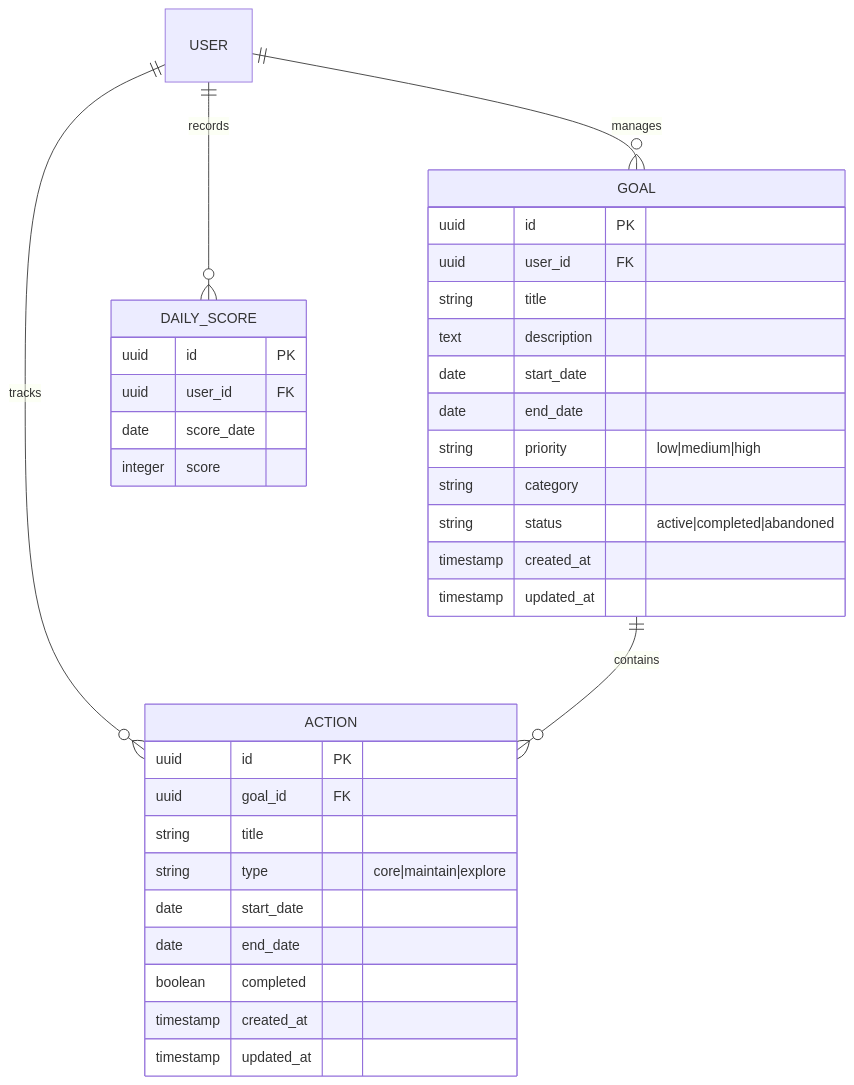
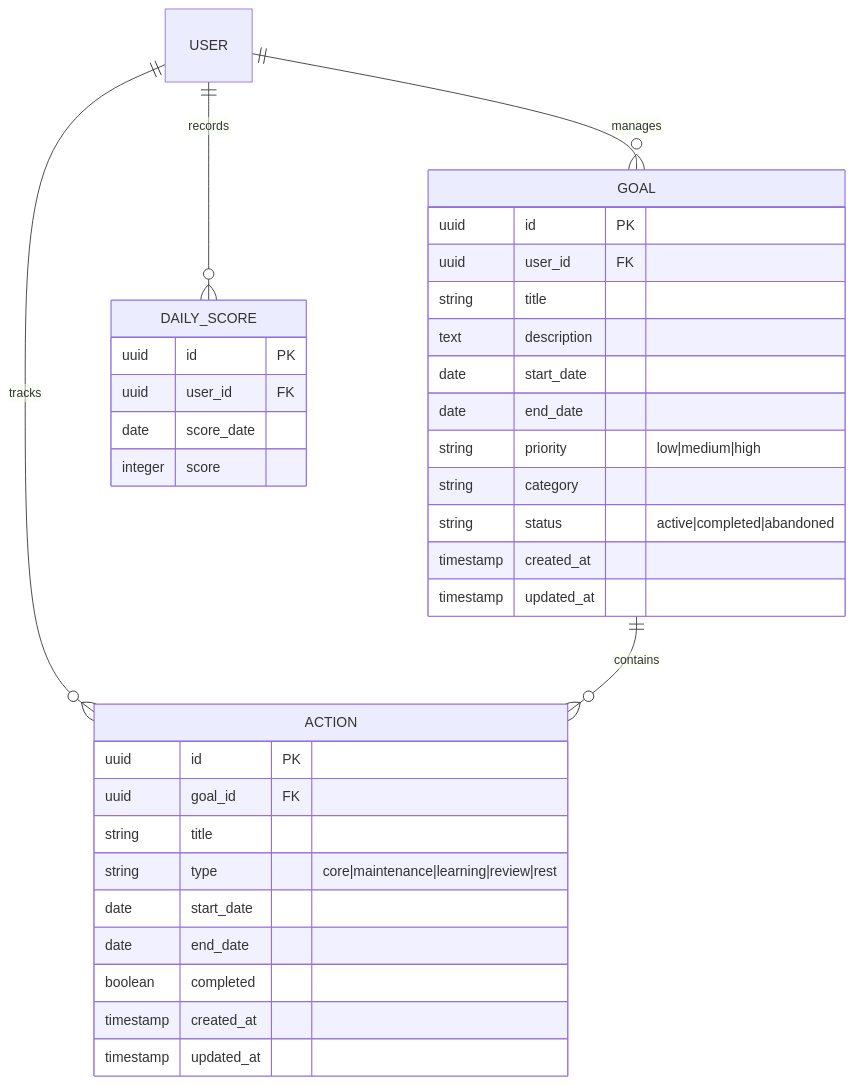
Before and after one commit to AIYAZONE/flowspark: the second of 2 diagrams in .trae/documents/技术 - 04 技术架构.md, drawn with Mermaid. The commit also changed other lines of this file and 9 other files, not shown here.

````diff
--- a/.trae/documents/技术 - 04 技术架构.md
+++ b/.trae/documents/技术 - 04 技术架构.md
@@ -55,40 +55,40 @@
 ```mermaid
 erDiagram
     USER ||--o{ GOAL : manages
     USER ||--o{ ACTION : tracks
     USER ||--o{ DAILY_SCORE : records
     GOAL ||--o{ ACTION : contains
 
     GOAL {
         uuid id PK
         uuid user_id FK
         string title
         text description
         date start_date
         date end_date
         string priority "low|medium|high"
         string category
         string status "active|completed|abandoned"
         timestamp created_at
         timestamp updated_at
     }
     
     ACTION {
         uuid id PK
         uuid goal_id FK
         string title
-        string type "core|maintain|explore"
+        string type "core|maintenance|learning|review|rest"
         date start_date
         date end_date
         boolean completed
         timestamp created_at
         timestamp updated_at
     }
 
     DAILY_SCORE {
         uuid id PK
         uuid user_id FK
         date score_date
         integer score
     }
 ```
````
